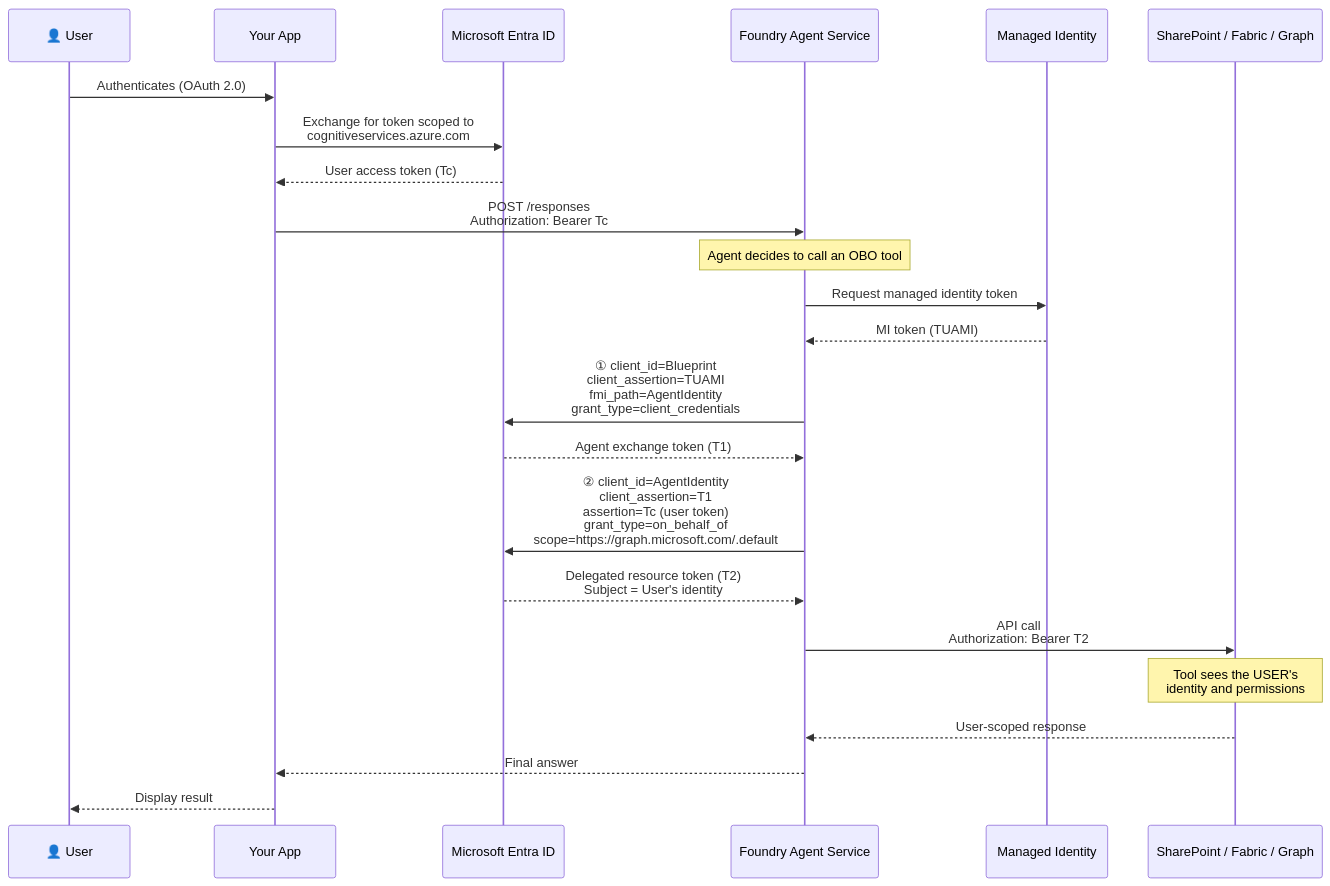
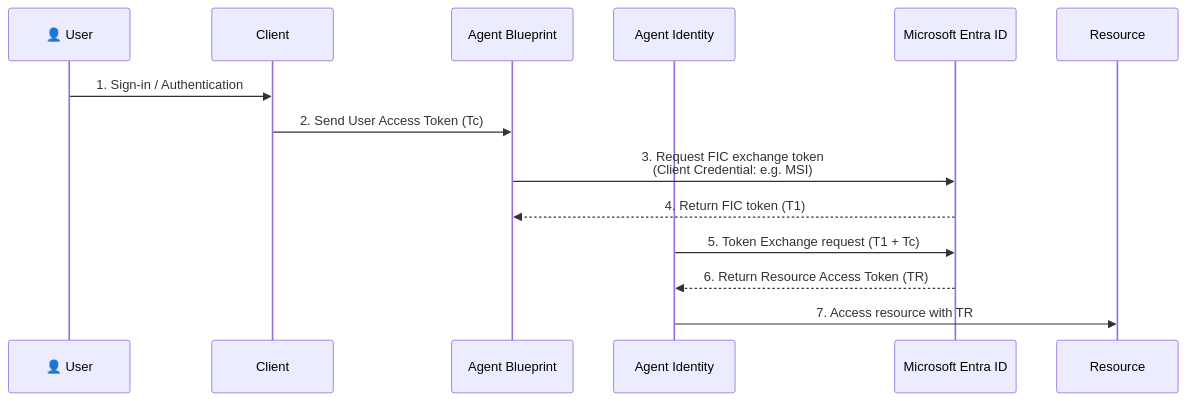
The fifth of 10 diagrams in docs/AGENT_IDENTITY.md (PlagueHO/microsoft-foundry-jumpstart), drawn with Mermaid before and after one commit. The commit also changed other lines of this file, not shown here.

Commit message:
CHANGE: Update agent identity documentation
- Clarified the OAuth 2.0 OBO flow for agent identities.
- Updated terminology for clarity and consistency.
- Added details on token exchange and permissions for agent identities.
- Emphasized the use of managed identities and recommended SDKs.

````diff
--- a/docs/AGENT_IDENTITY.md
+++ b/docs/AGENT_IDENTITY.md
@@ -168,27 +168,17 @@
 ```mermaid
 sequenceDiagram
     participant User as 👤 User
-    participant App as Your App
+    participant Client as Client
+    participant Blueprint as Agent Blueprint
+    participant AgentId as Agent Identity
     participant Entra as Microsoft Entra ID
-    participant FAS as Foundry Agent Service
-    participant MI as Managed Identity
-    participant Tool as SharePoint / Fabric / Graph
+    participant Resource as Resource
 
-    User->>App: Authenticates (OAuth 2.0)
-    App->>Entra: Exchange for token scoped to<br/>cognitiveservices.azure.com
-    Entra-->>App: User access token (Tc)
-    App->>FAS: POST /responses<br/>Authorization: Bearer Tc
-    Note over FAS: Agent decides to call an OBO tool
-
-    FAS->>MI: Request managed identity token
-    MI-->>FAS: MI token (TUAMI)
-    FAS->>Entra: ① client_id=Blueprint<br/>client_assertion=TUAMI<br/>fmi_path=AgentIdentity<br/>grant_type=client_credentials
-    Entra-->>FAS: Agent exchange token (T1)
-    FAS->>Entra: ② client_id=AgentIdentity<br/>client_assertion=T1<br/>assertion=Tc (user token)<br/>grant_type=on_behalf_of<br/>scope=https://graph.microsoft.com/.default
-    Entra-->>FAS: Delegated resource token (T2)<br/>Subject = User's identity
-    FAS->>Tool: API call<br/>Authorization: Bearer T2
-    Note over Tool: Tool sees the USER's<br/>identity and permissions
-    Tool-->>FAS: User-scoped response
-    FAS-->>App: Final answer
-    App-->>User: Display result
+    User->>Client: 1. Sign-in / Authentication
+    Client->>Blueprint: 2. Send User Access Token (Tc)
+    Blueprint->>Entra: 3. Request FIC exchange token<br/>(Client Credential: e.g. MSI)
+    Entra-->>Blueprint: 4. Return FIC token (T1)
+    AgentId->>Entra: 5. Token Exchange request (T1 + Tc)
+    Entra-->>AgentId: 6. Return Resource Access Token (TR)
+    AgentId->>Resource: 7. Access resource with TR
 ```
````
